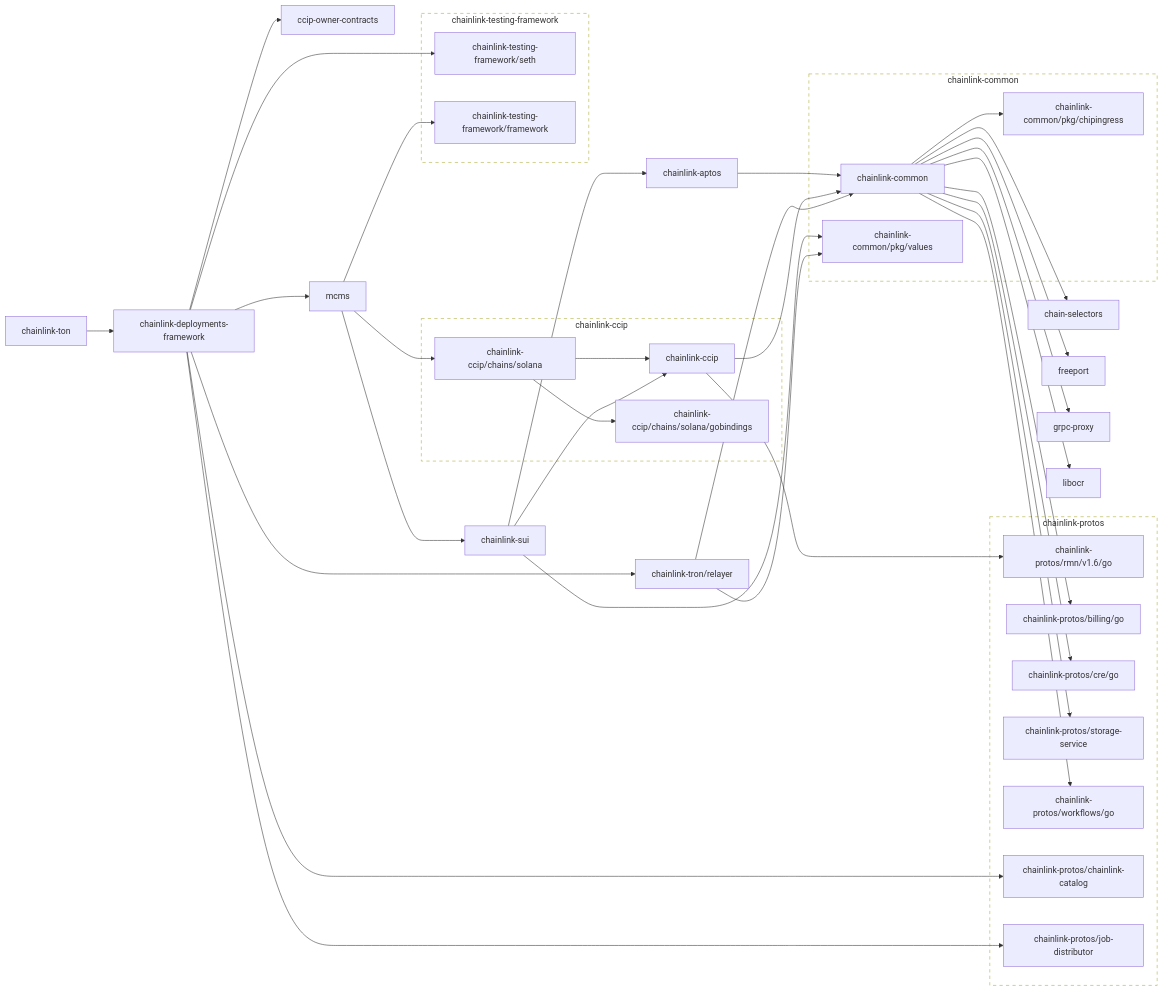
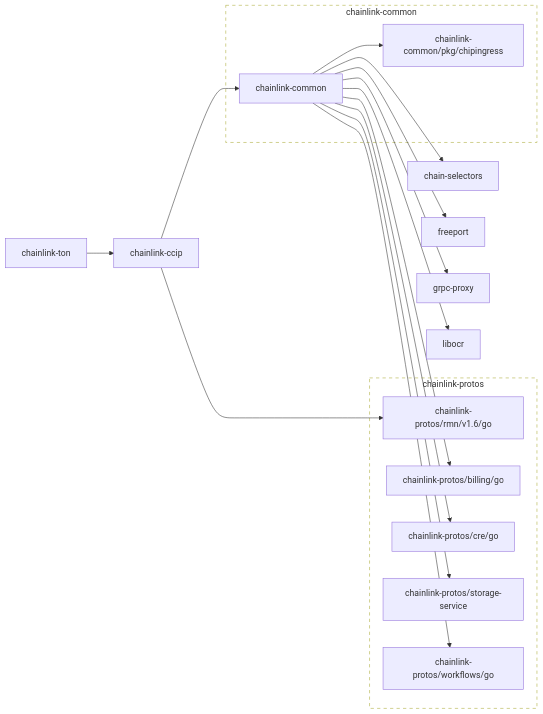
The first of 2 diagrams in go.md (fork-the-planet/smartcontractkit___chainlink-ton), drawn with Mermaid before and after one commit. The commit also changed other lines of this file and 50 other files, not shown here.

First line of the commit message:
Dynamic msg TL-B - JSON decoding + chainlink-ton-extras pkg (#269)

````diff
--- a/go.md
+++ b/go.md
@@ -3,20 +3,11 @@
 ```mermaid
 flowchart LR
 
-	ccip-owner-contracts
-	click ccip-owner-contracts href "https://github.com/smartcontractkit/ccip-owner-contracts"
 	chain-selectors
 	click chain-selectors href "https://github.com/smartcontractkit/chain-selectors"
-	chainlink-aptos --> chainlink-common
-	click chainlink-aptos href "https://github.com/smartcontractkit/chainlink-aptos"
 	chainlink-ccip --> chainlink-common
 	chainlink-ccip --> chainlink-protos/rmn/v1.6/go
 	click chainlink-ccip href "https://github.com/smartcontractkit/chainlink-ccip"
-	chainlink-ccip/chains/solana --> chainlink-ccip
-	chainlink-ccip/chains/solana --> chainlink-ccip/chains/solana/gobindings
-	click chainlink-ccip/chains/solana href "https://github.com/smartcontractkit/chainlink-ccip"
-	chainlink-ccip/chains/solana/gobindings
-	click chainlink-ccip/chains/solana/gobindings href "https://github.com/smartcontractkit/chainlink-ccip"
 	chainlink-common --> chain-selectors
 	chainlink-common --> chainlink-common/pkg/chipingress
 	chainlink-common --> chainlink-protos/billing/go
@@ -29,84 +20,40 @@
 	click chainlink-common href "https://github.com/smartcontractkit/chainlink-common"
 	chainlink-common/pkg/chipingress
 	click chainlink-common/pkg/chipingress href "https://github.com/smartcontractkit/chainlink-common"
-	chainlink-common/pkg/values
-	click chainlink-common/pkg/values href "https://github.com/smartcontractkit/chainlink-common"
-	chainlink-deployments-framework --> ccip-owner-contracts
-	chainlink-deployments-framework --> chainlink-protos/chainlink-catalog
-	chainlink-deployments-framework --> chainlink-protos/job-distributor
-	chainlink-deployments-framework --> chainlink-testing-framework/seth
-	chainlink-deployments-framework --> chainlink-tron/relayer
-	chainlink-deployments-framework --> mcms
-	click chainlink-deployments-framework href "https://github.com/smartcontractkit/chainlink-deployments-framework"
 	chainlink-protos/billing/go
 	click chainlink-protos/billing/go href "https://github.com/smartcontractkit/chainlink-protos"
-	chainlink-protos/chainlink-catalog
-	click chainlink-protos/chainlink-catalog href "https://github.com/smartcontractkit/chainlink-protos"
 	chainlink-protos/cre/go
 	click chainlink-protos/cre/go href "https://github.com/smartcontractkit/chainlink-protos"
-	chainlink-protos/job-distributor
-	click chainlink-protos/job-distributor href "https://github.com/smartcontractkit/chainlink-protos"
 	chainlink-protos/rmn/v1.6/go
 	click chainlink-protos/rmn/v1.6/go href "https://github.com/smartcontractkit/chainlink-protos"
 	chainlink-protos/storage-service
 	click chainlink-protos/storage-service href "https://github.com/smartcontractkit/chainlink-protos"
 	chainlink-protos/workflows/go
 	click chainlink-protos/workflows/go href "https://github.com/smartcontractkit/chainlink-protos"
-	chainlink-sui --> chainlink-aptos
-	chainlink-sui --> chainlink-ccip
-	chainlink-sui --> chainlink-common/pkg/values
-	click chainlink-sui href "https://github.com/smartcontractkit/chainlink-sui"
-	chainlink-testing-framework/framework
-	click chainlink-testing-framework/framework href "https://github.com/smartcontractkit/chainlink-testing-framework"
-	chainlink-testing-framework/seth
-	click chainlink-testing-framework/seth href "https://github.com/smartcontractkit/chainlink-testing-framework"
-	chainlink-ton --> chainlink-deployments-framework
+	chainlink-ton --> chainlink-ccip
 	click chainlink-ton href "https://github.com/smartcontractkit/chainlink-ton"
-	chainlink-tron/relayer --> chainlink-common
-	chainlink-tron/relayer --> chainlink-common/pkg/values
-	click chainlink-tron/relayer href "https://github.com/smartcontractkit/chainlink-tron"
 	freeport
 	click freeport href "https://github.com/smartcontractkit/freeport"
 	grpc-proxy
 	click grpc-proxy href "https://github.com/smartcontractkit/grpc-proxy"
 	libocr
 	click libocr href "https://github.com/smartcontractkit/libocr"
-	mcms --> chainlink-ccip/chains/solana
-	mcms --> chainlink-sui
-	mcms --> chainlink-testing-framework/framework
-	click mcms href "https://github.com/smartcontractkit/mcms"
-
-	subgraph chainlink-ccip-repo[chainlink-ccip]
-		 chainlink-ccip
-		 chainlink-ccip/chains/solana
-		 chainlink-ccip/chains/solana/gobindings
-	end
-	click chainlink-ccip-repo href "https://github.com/smartcontractkit/chainlink-ccip"
 
 	subgraph chainlink-common-repo[chainlink-common]
 		 chainlink-common
 		 chainlink-common/pkg/chipingress
-		 chainlink-common/pkg/values
 	end
 	click chainlink-common-repo href "https://github.com/smartcontractkit/chainlink-common"
 
 	subgraph chainlink-protos-repo[chainlink-protos]
 		 chainlink-protos/billing/go
-		 chainlink-protos/chainlink-catalog
 		 chainlink-protos/cre/go
-		 chainlink-protos/job-distributor
 		 chainlink-protos/rmn/v1.6/go
 		 chainlink-protos/storage-service
 		 chainlink-protos/workflows/go
 	end
 	click chainlink-protos-repo href "https://github.com/smartcontractkit/chainlink-protos"
 
-	subgraph chainlink-testing-framework-repo[chainlink-testing-framework]
-		 chainlink-testing-framework/framework
-		 chainlink-testing-framework/seth
-	end
-	click chainlink-testing-framework-repo href "https://github.com/smartcontractkit/chainlink-testing-framework"
-
 	classDef outline stroke-dasharray:6,fill:none;
-	class chainlink-ccip-repo,chainlink-common-repo,chainlink-protos-repo,chainlink-testing-framework-repo outline
+	class chainlink-common-repo,chainlink-protos-repo outline
 ```
````
